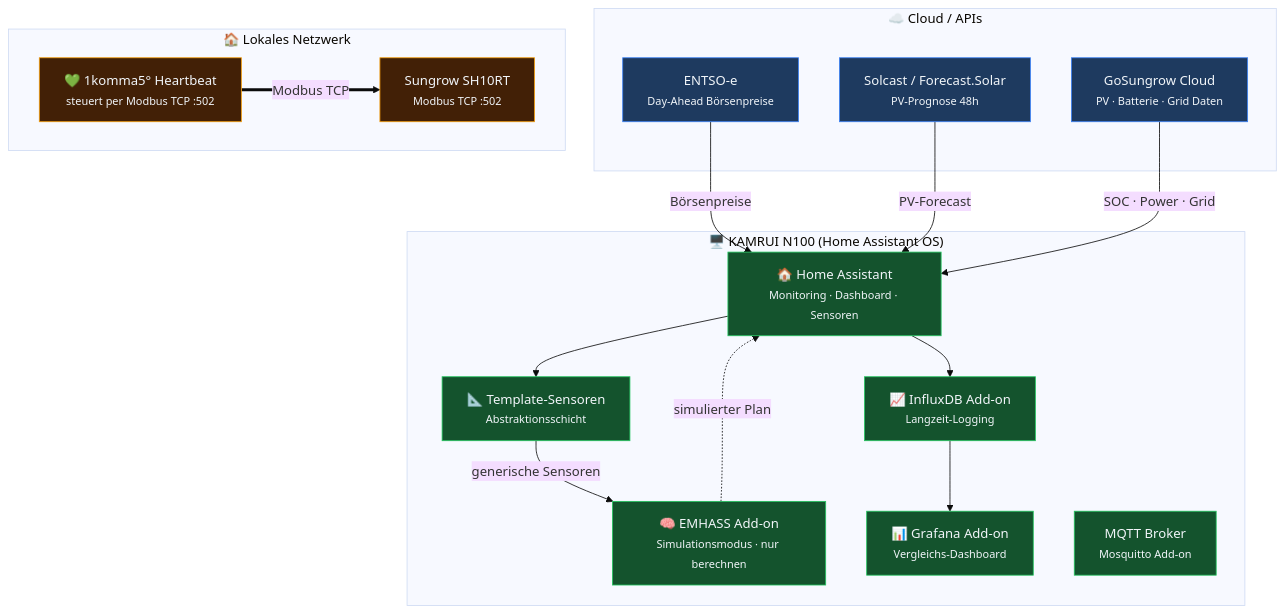
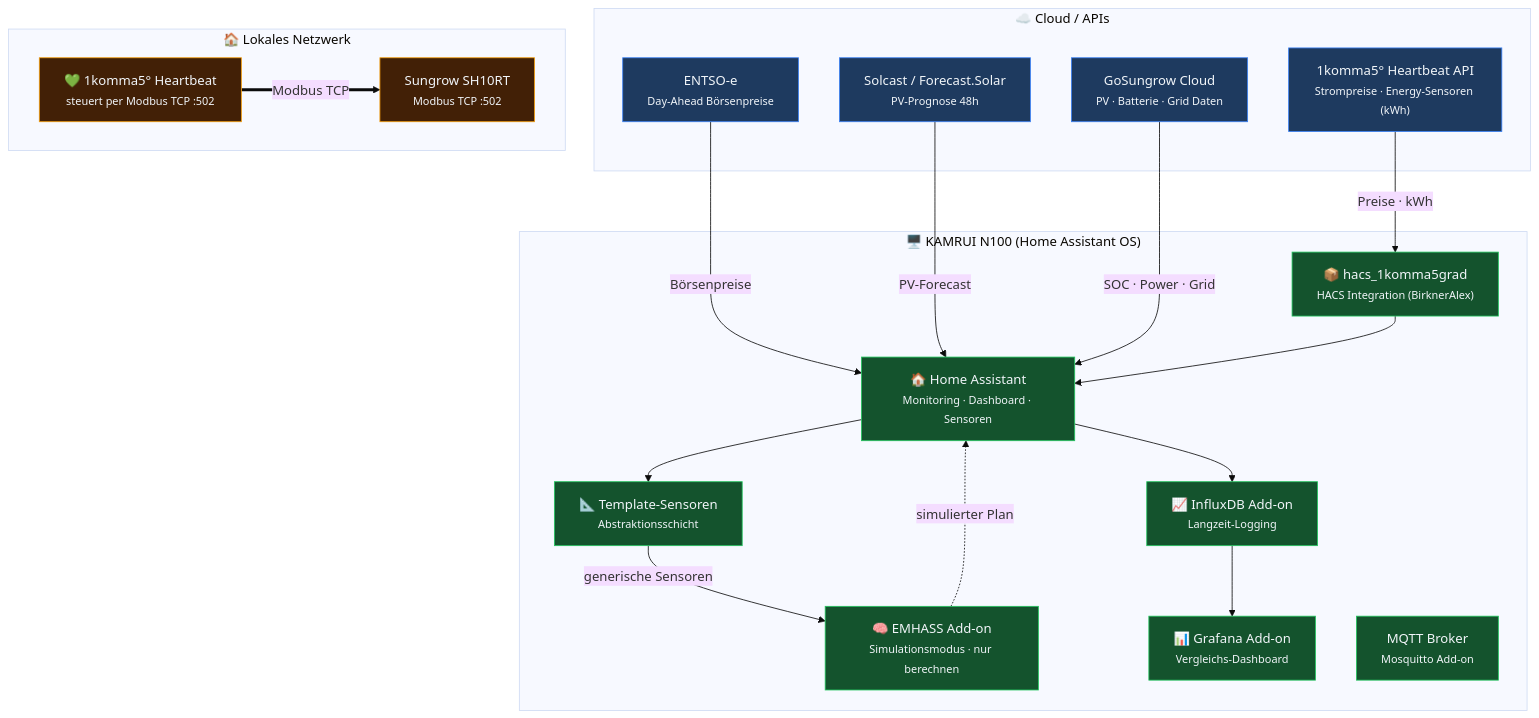
One commit to schowave/energy-management changed the first of 3 diagrams in docs/architektur.md. Above: the diagram before and after it, drawn with Mermaid (base theme). The commit also changed other lines of this file and 3 other files, not shown here.

Commit message:
Adds 1komma5 grad integration

````diff
--- a/docs/architektur.md
+++ b/docs/architektur.md
@@ -9,47 +9,50 @@
 ```mermaid
 graph TB
     subgraph CLOUD["☁️ Cloud / APIs"]
         ENTSOE["ENTSO-e<br/><small>Day-Ahead Börsenpreise</small>"]
         SOLCAST["Solcast / Forecast.Solar<br/><small>PV-Prognose 48h</small>"]
         GOSUNGROW["GoSungrow Cloud<br/><small>PV · Batterie · Grid Daten</small>"]
+        HB_API["1komma5° Heartbeat API<br/><small>Strompreise · Energy-Sensoren (kWh)</small>"]
     end
 
     subgraph N100P1["🖥️ KAMRUI N100 (Home Assistant OS)"]
         HAP1["🏠 Home Assistant<br/><small>Monitoring · Dashboard · Sensoren</small>"]
+        HACS_1K5["📦 hacs_1komma5grad<br/><small>HACS Integration (BirknerAlex)</small>"]
         TMPL["📐 Template-Sensoren<br/><small>Abstraktionsschicht</small>"]
         EMHASSP1["🧠 EMHASS Add-on<br/><small>Simulationsmodus · nur berechnen</small>"]
         INFLUXP1["📈 InfluxDB Add-on<br/><small>Langzeit-Logging</small>"]
         GRAFANAP1["📊 Grafana Add-on<br/><small>Vergleichs-Dashboard</small>"]
         MQTTP1["MQTT Broker<br/><small>Mosquitto Add-on</small>"]
     end
 
     subgraph LOKAL1["🏠 Lokales Netzwerk"]
         HEARTBEAT["💚 1komma5° Heartbeat<br/><small>steuert per Modbus TCP :502</small>"]
         SUNGROW1["Sungrow SH10RT<br/><small>Modbus TCP :502</small>"]
     end
 
     %% Cloud → HA (nur lesend)
     ENTSOE -->|Börsenpreise| HAP1
     SOLCAST -->|PV-Forecast| HAP1
     GOSUNGROW -->|SOC · Power · Grid| HAP1
+    HB_API -->|Preise · kWh| HACS_1K5
+    HACS_1K5 --> HAP1
 
     %% HA → Template → EMHASS
     HAP1 --> TMPL
     TMPL -->|generische Sensoren| EMHASSP1
     EMHASSP1 -.->|simulierter Plan| HAP1
     HAP1 --> INFLUXP1
     INFLUXP1 --> GRAFANAP1
 
     %% Heartbeat steuert (HA hat keinen Modbus-Zugriff)
     HEARTBEAT ==>|Modbus TCP| SUNGROW1
 
     %% Styling
     classDef cloud fill:#1e3a5f,stroke:#3b82f6,color:#f1f5f9
     classDef haos fill:#14532d,stroke:#22c55e,color:#f1f5f9
     classDef lokal fill:#422006,stroke:#f59e0b,color:#f1f5f9
-    classDef heartbeat fill:#14532d,stroke:#22c55e,color:#f1f5f9
 
-    class ENTSOE,SOLCAST,GOSUNGROW cloud
-    class HAP1,TMPL,EMHASSP1,INFLUXP1,GRAFANAP1,MQTTP1 haos
+    class ENTSOE,SOLCAST,GOSUNGROW,HB_API cloud
+    class HAP1,HACS_1K5,TMPL,EMHASSP1,INFLUXP1,GRAFANAP1,MQTTP1 haos
     class HEARTBEAT,SUNGROW1 lokal
 ```
````
